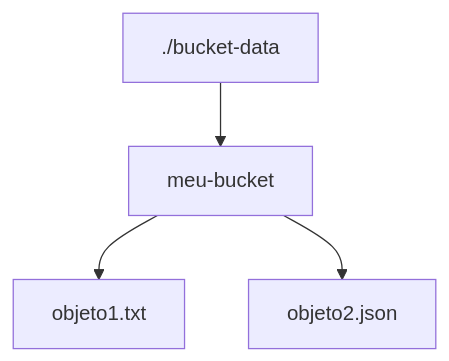
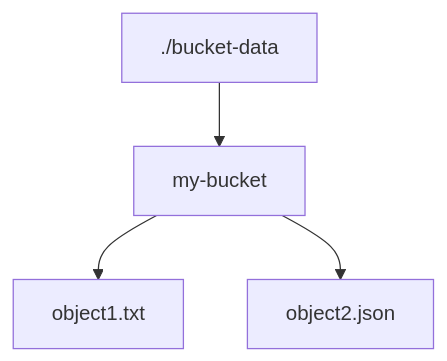
The diagram in src/MVFC.Aspire.Helpers.CloudStorage/README.md (Marcus-V-Freitas/MVFC.Aspire.Helpers), drawn with Mermaid before and after one commit. The commit also changed other lines of this file and 28 other files, not shown here.

````diff
--- a/src/MVFC.Aspire.Helpers.CloudStorage/README.md
+++ b/src/MVFC.Aspire.Helpers.CloudStorage/README.md
@@ -71,11 +73,11 @@
 ```mermaid
 graph TD
     A["./bucket-data"]
-    B["meu-bucket"]
-    C["objeto1.txt"]
-    D["objeto2.json"]
+    B["my-bucket"]
+    C["object1.txt"]
+    D["object2.json"]
 
     A --> B
     B --> C
     B --> D
 ```
````
